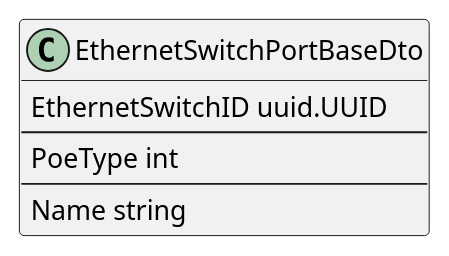
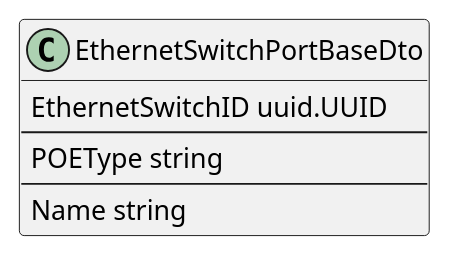
One commit to lf-edge/rol changed the diagram in docs/plantuml/dto/EthernetSwitchPort/EthernetSwitchPortBaseDto.puml. Above: the diagram before and after it, drawn with PlantUML. The commit also changed 2 other files, not shown here.

Commit message:
docs: puml: ethernet-switch-port: switch POE type to string

```diff
--- a/docs/plantuml/dto/EthernetSwitchPort/EthernetSwitchPortBaseDto.puml
+++ b/docs/plantuml/dto/EthernetSwitchPort/EthernetSwitchPortBaseDto.puml
@@ -1,11 +1,11 @@
 @startuml EthernetSwitchPortBaseDto
 
 class EthernetSwitchPortBaseDto {
     EthernetSwitchID uuid.UUID
     --
-    PoeType int
+    POEType string
     --
     Name string
 }
 
 @enduml
```
